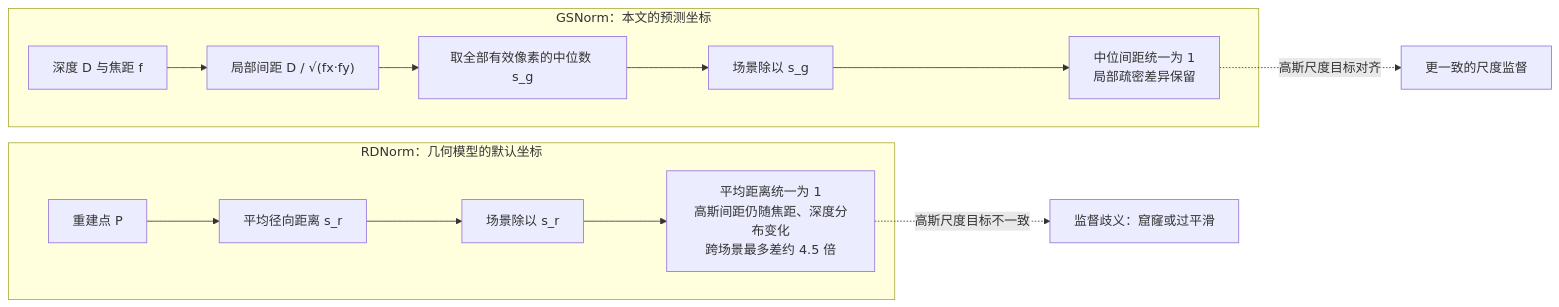
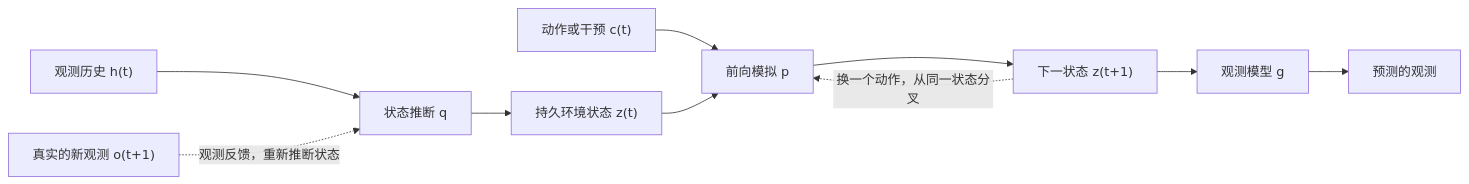
One commit to yingwang/paper-reads changed the second of 5 diagrams in docs/index.md. Above: the diagram before and after it, drawn with Mermaid. The commit also changed other lines of this file and 2 other files, not shown here.

````diff
--- a/docs/index.md
+++ b/docs/index.md
@@ -117,16 +139,12 @@
 ```mermaid
 flowchart LR
-    subgraph R["RDNorm：几何模型的默认坐标"]
-        R1["重建点 P"] --> R2["平均径向距离 s_r"]
-        R2 --> R3["场景除以 s_r"]
-        R3 --> R4["平均距离统一为 1<br/>高斯间距仍随焦距、深度分布变化<br/>跨场景最多差约 4.5 倍"]
-    end
-    subgraph G["GSNorm：本文的预测坐标"]
-        G1["深度 D 与焦距 f"] --> G2["局部间距 D / √(fx·fy)"]
-        G2 --> G3["取全部有效像素的中位数 s_g"]
-        G3 --> G4["场景除以 s_g"]
-        G4 --> G5["中位间距统一为 1<br/>局部疏密差异保留"]
-    end
-    R4 -.高斯尺度目标不一致.-> X["监督歧义：窟窿或过平滑"]
-    G5 -.高斯尺度目标对齐.-> Y["更一致的尺度监督"]
+    O["观测历史 h(t)"] --> Q["状态推断 q"]
+    Q --> Z["持久环境状态 z(t)"]
+    C["动作或干预 c(t)"] --> P["前向模拟 p"]
+    Z --> P
+    P --> Z1["下一状态 z(t+1)"]
+    Z1 --> G["观测模型 g"]
+    G --> OH["预测的观测"]
+    R["真实的新观测 o(t+1)"] -. "观测反馈，重新推断状态" .-> Q
+    Z1 -. "换一个动作，从同一状态分叉" .-> P
 ```
````
